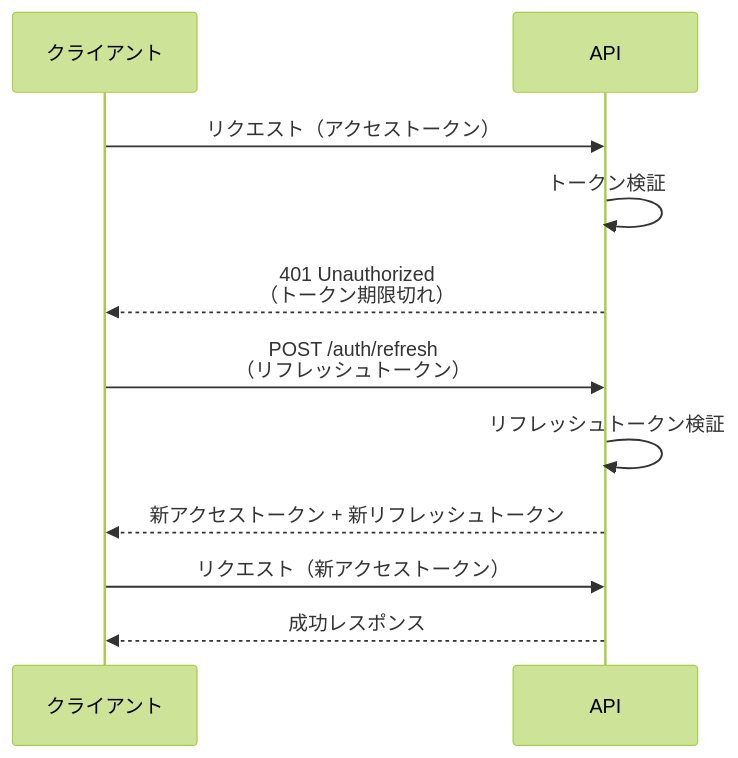
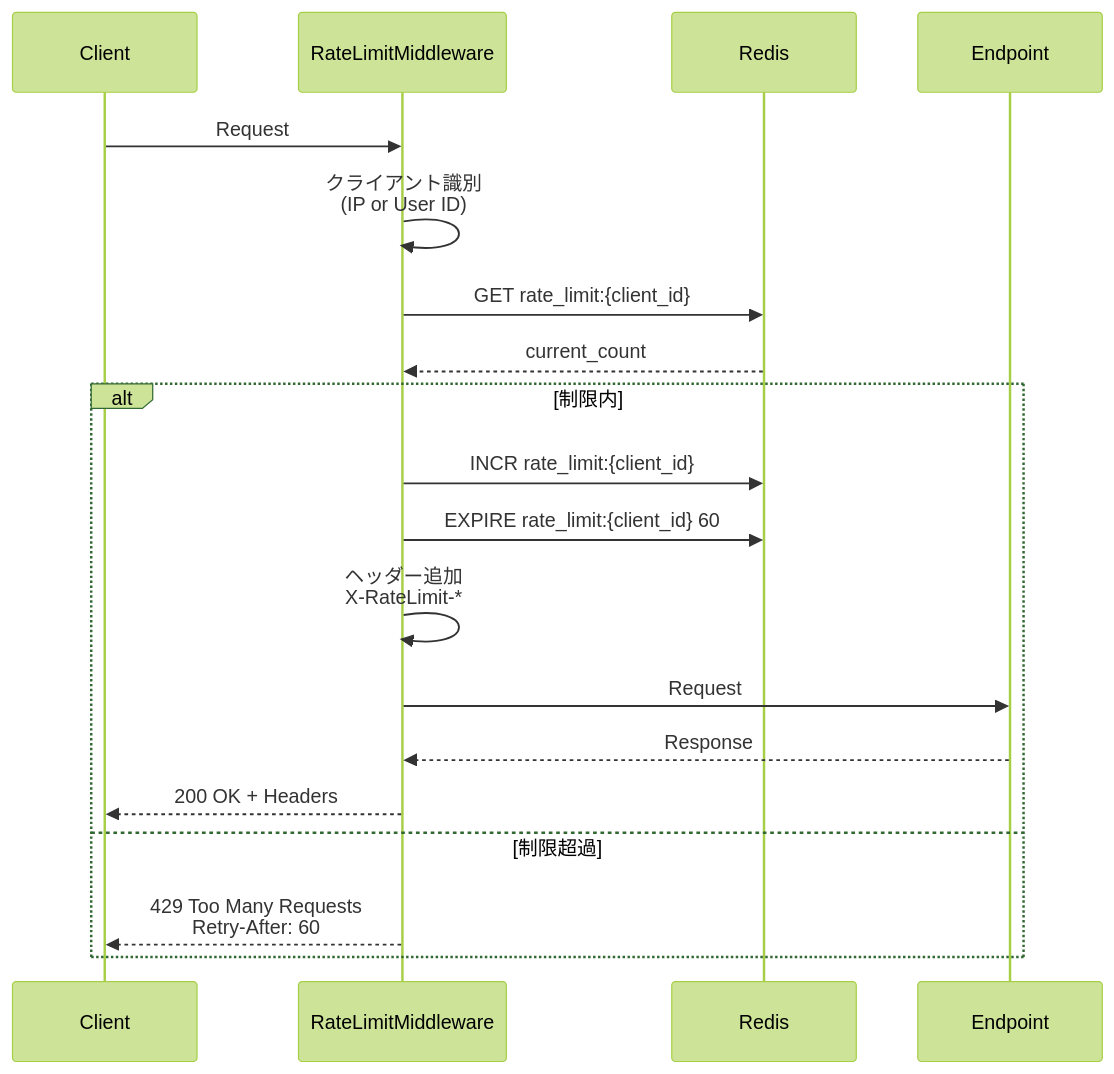
The fourth of 10 diagrams in docs/specifications/03-security/03-security-implementation.md (nomura-koshiro/genai-app-docs), drawn with Mermaid (forest theme) before and after one commit. The commit also changed other lines of this file and 35 other files, not shown here.

````diff
--- a/docs/specifications/03-security/03-security-implementation.md
+++ b/docs/specifications/03-security/03-security-implementation.md
@@ -1475,14 +221,27 @@
 ```mermaid
 sequenceDiagram
-    participant Client as クライアント
-    participant API as API
+    participant Client
+    participant RateLimitMiddleware
+    participant Redis
+    participant Endpoint
 
-    Client->>API: リクエスト（アクセストークン）
-    API->>API: トークン検証
-    API-->>Client: 401 Unauthorized<br/>（トークン期限切れ）
-    Client->>API: POST /auth/refresh<br/>（リフレッシュトークン）
-    API->>API: リフレッシュトークン検証
-    API-->>Client: 新アクセストークン + 新リフレッシュトークン
-    Client->>API: リクエスト（新アクセストークン）
-    API-->>Client: 成功レスポンス
+    Client->>RateLimitMiddleware: Request
+
+    RateLimitMiddleware->>RateLimitMiddleware: クライアント識別<br/>(IP or User ID)
+
+    RateLimitMiddleware->>Redis: GET rate_limit:{client_id}
+    Redis-->>RateLimitMiddleware: current_count
+
+    alt 制限内
+        RateLimitMiddleware->>Redis: INCR rate_limit:{client_id}
+        RateLimitMiddleware->>Redis: EXPIRE rate_limit:{client_id} 60
+
+        RateLimitMiddleware->>RateLimitMiddleware: ヘッダー追加<br/>X-RateLimit-*
+
+        RateLimitMiddleware->>Endpoint: Request
+        Endpoint-->>RateLimitMiddleware: Response
+        RateLimitMiddleware-->>Client: 200 OK + Headers
+    else 制限超過
+        RateLimitMiddleware-->>Client: 429 Too Many Requests<br/>Retry-After: 60
+    end
 ```
````
